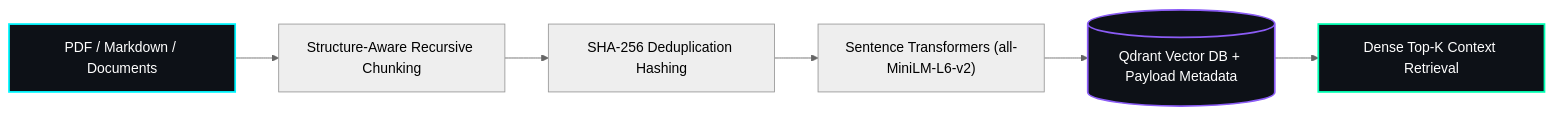
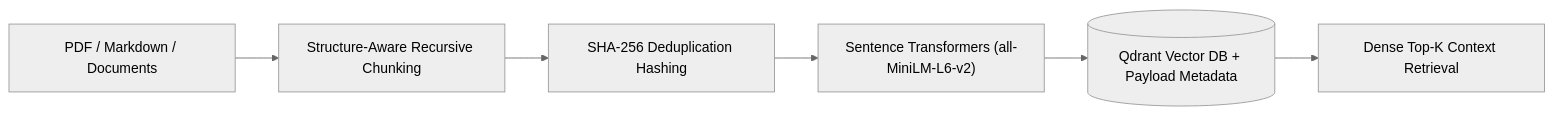
One commit to AnmolRajpoot25/AnmolRajpoot25 changed the sixth of 7 diagrams in README.md. Above: the diagram before and after it, drawn with Mermaid (neutral theme). The commit also changed other lines of this file, not shown here.

````diff
--- a/README.md
+++ b/README.md
@@ -202,12 +178,8 @@
 ```mermaid
 flowchart LR
     DOC["PDF / Markdown / Documents"] --> CHK["Structure-Aware Recursive Chunking"]
     CHK --> DEDUP["SHA-256 Deduplication Hashing"]
     DEDUP --> EMB["Sentence Transformers (all-MiniLM-L6-v2)"]
     EMB --> QDR[("Qdrant Vector DB + Payload Metadata")]
     QDR --> RET["Dense Top-K Context Retrieval"]
-
-    style DOC fill:#0d1117,stroke:#00F7FF,stroke-width:2px,color:#fff
-    style QDR fill:#0d1117,stroke:#8B5CF6,stroke-width:2px,color:#fff
-    style RET fill:#0d1117,stroke:#00FFB3,stroke-width:2px,color:#fff
 ```
````
